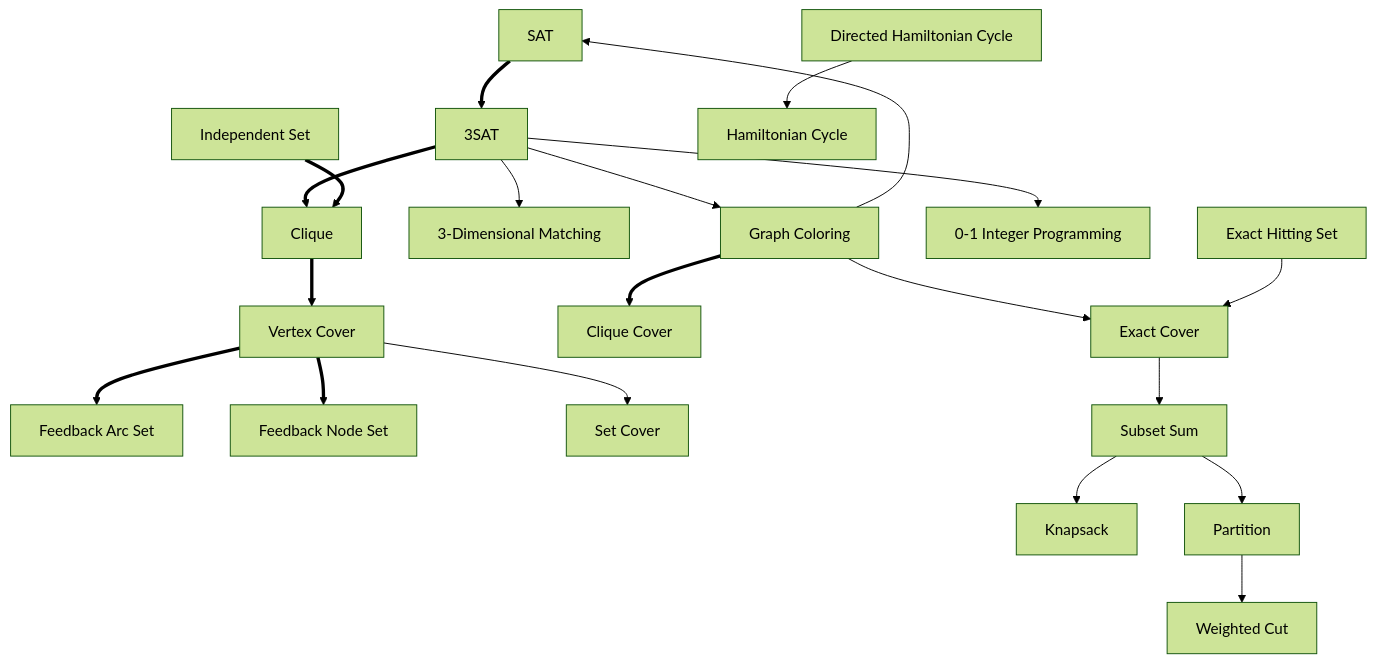
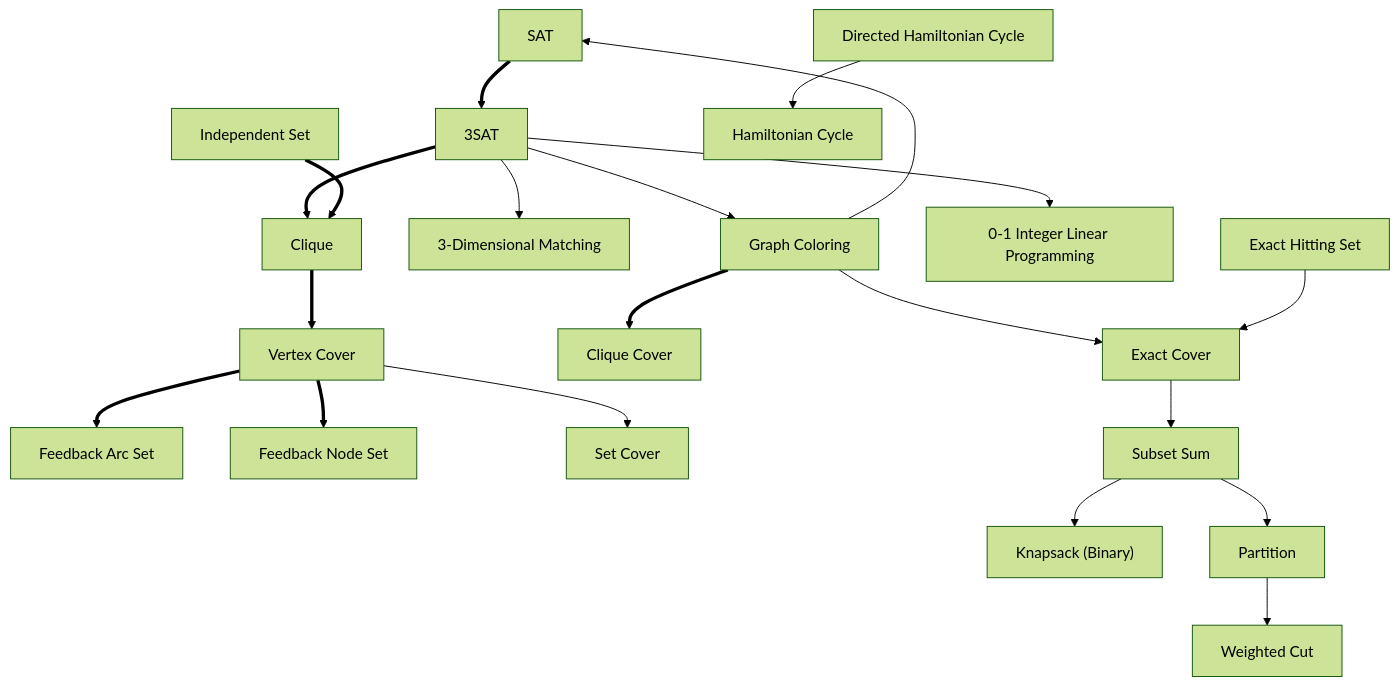
The diagram in docs/learn/reductions.md (ReduxISU/Redux_Documentation), drawn with Mermaid (forest theme) before and after one commit. The commit also changed other lines of this file and 7 other files, not shown here.

````diff
--- a/docs/learn/reductions.md
+++ b/docs/learn/reductions.md
@@ -139,22 +140,22 @@
 ```mermaid
 flowchart TD
   SAT["SAT"] ==> SAT3["3SAT"]
   SAT3 ==> CLIQUE["Clique"]
   SAT3 --> DM3["3-Dimensional Matching"]
   SAT3 --> GRAPHCOLORING["Graph Coloring"]
-  SAT3 --> ILP["0-1 Integer Programming"]
+  SAT3 --> ILP["0-1 Integer Linear Programming"]
   INDEPENDENTSET["Independent Set"] ==> CLIQUE
   CLIQUE ==> VERTEXCOVER["Vertex Cover"]
   VERTEXCOVER ==> ARCSET["Feedback Arc Set"]
   VERTEXCOVER ==> NODESET["Feedback Node Set"]
   VERTEXCOVER --> SETCOVER["Set Cover"]
   GRAPHCOLORING ==> CLIQUECOVER["Clique Cover"]
   GRAPHCOLORING --> EXACTCOVER["Exact Cover"]
   GRAPHCOLORING --> SAT
   HITTINGSET["Exact Hitting Set"] --> EXACTCOVER
   EXACTCOVER --> SUBSETSUM["Subset Sum"]
-  SUBSETSUM --> KNAPSACK["Knapsack"]
+  SUBSETSUM --> KNAPSACK["Knapsack (Binary)"]
   SUBSETSUM --> PARTITION["Partition"]
   PARTITION --> WEIGHTEDCUT["Weighted Cut"]
   DIRECTEDHAMILTONIAN["Directed Hamiltonian Cycle"] --> HAMILTONIAN["Hamiltonian Cycle"]
 ```
````
